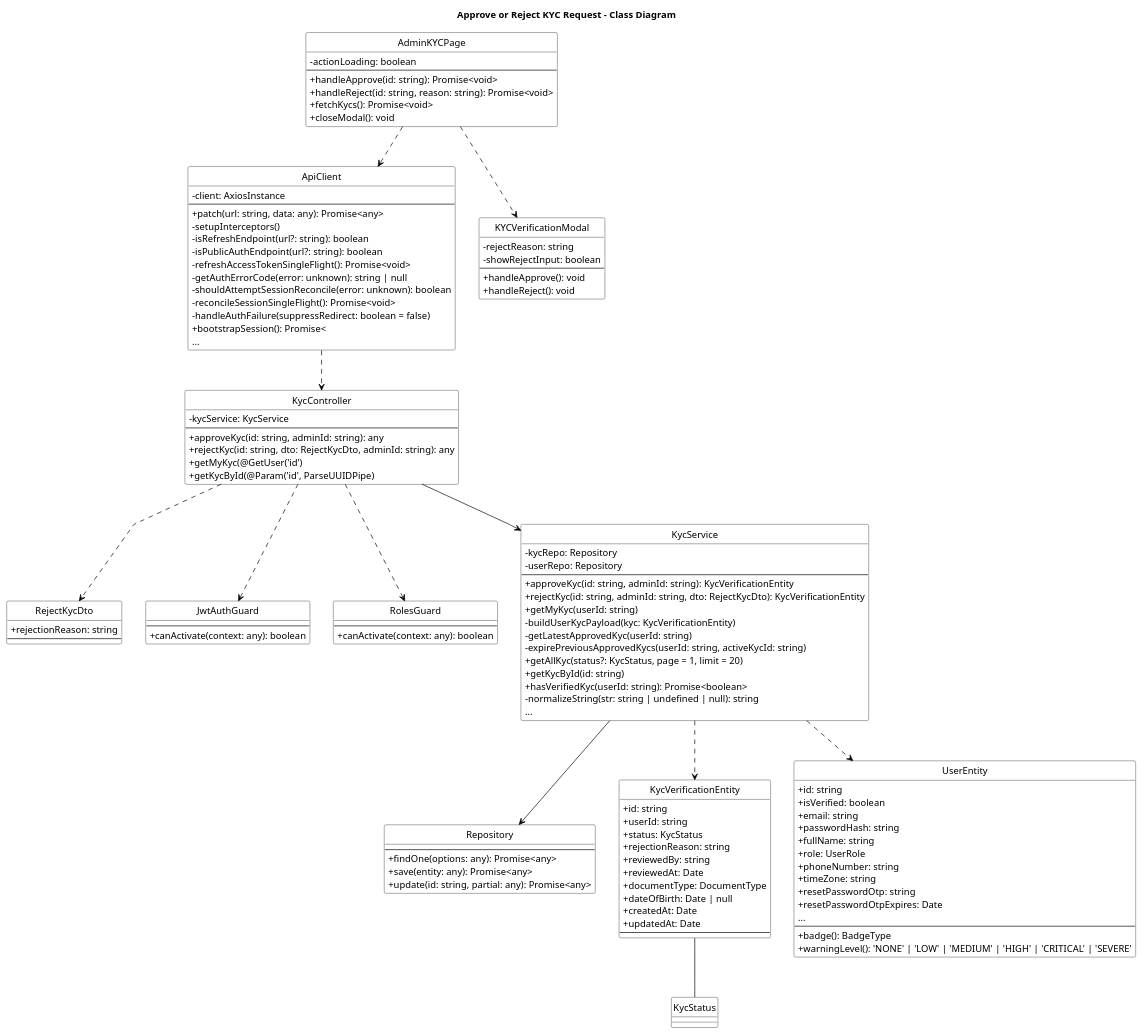
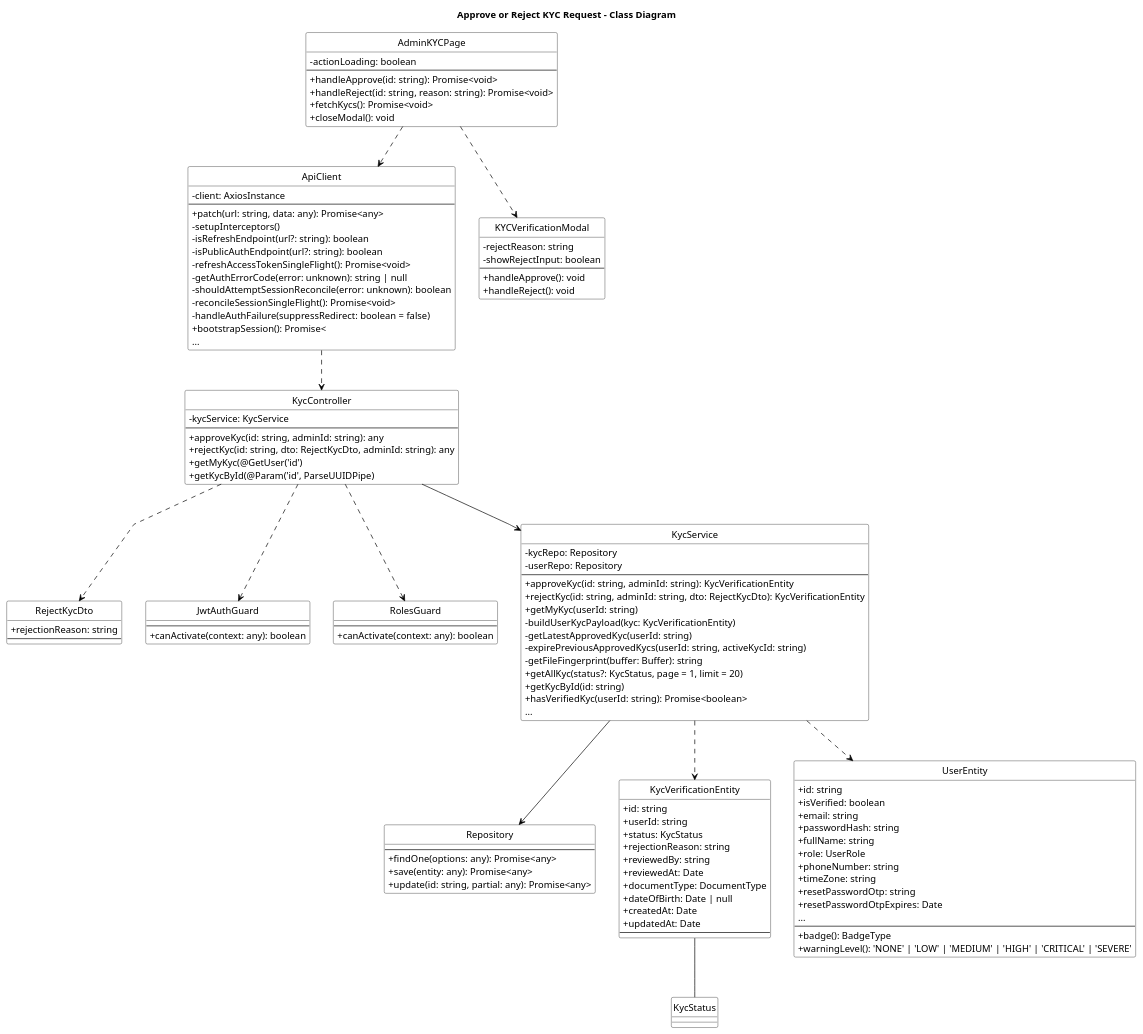
One commit to bangdcce/SEP492-Project changed the diagram in diagram/class_diagrams/approve_reject_kyc_request_class_diagram_compact.puml. Above: the diagram before and after it, drawn with PlantUML. The commit also changed 221 other files, not shown here.

```diff
--- a/diagram/class_diagrams/approve_reject_kyc_request_class_diagram_compact.puml
+++ b/diagram/class_diagrams/approve_reject_kyc_request_class_diagram_compact.puml
@@ -1,142 +1,142 @@
 @startuml Approve_Reject_KYC_Request_Class_Diagram
 title Approve or Reject KYC Request - Class Diagram
 skinparam backgroundColor white
 skinparam monochrome true
 skinparam defaultFontColor black
 skinparam ArrowColor black
 skinparam classBorderColor black
 skinparam classFontColor black
 skinparam classBackgroundColor white
 skinparam stereotypeFontColor black
 skinparam linetype polyline
 skinparam classAttributeIconSize 0
 hide circle
 
 skinparam classHeaderBackgroundColor white
 skinparam classHeaderFontColor black
 
 class RejectKycDto {
     + rejectionReason: string
     --
 }
 
 class ApiClient {
     - client: AxiosInstance
     --
     + patch(url: string, data: any): Promise<any>
     - setupInterceptors()
     - isRefreshEndpoint(url?: string): boolean
     - isPublicAuthEndpoint(url?: string): boolean
     - refreshAccessTokenSingleFlight(): Promise<void>
     - getAuthErrorCode(error: unknown): string | null
     - shouldAttemptSessionReconcile(error: unknown): boolean
     - reconcileSessionSingleFlight(): Promise<void>
     - handleAuthFailure(suppressRedirect: boolean = false)
     + bootstrapSession(): Promise<
     ...
 }
 
 class AdminKYCPage {
     - actionLoading: boolean
     --
     + handleApprove(id: string): Promise<void>
     + handleReject(id: string, reason: string): Promise<void>
     + fetchKycs(): Promise<void>
     + closeModal(): void
 }
 
 class KYCVerificationModal {
     - rejectReason: string
     - showRejectInput: boolean
     --
     + handleApprove(): void
     + handleReject(): void
 }
 
 class JwtAuthGuard {
     --
     + canActivate(context: any): boolean
 }
 
 class RolesGuard {
     --
     + canActivate(context: any): boolean
 }
 
 class KycController {
     - kycService: KycService
     --
     + approveKyc(id: string, adminId: string): any
     + rejectKyc(id: string, dto: RejectKycDto, adminId: string): any
     + getMyKyc(@GetUser('id')
     + getKycById(@Param('id', ParseUUIDPipe)
 }
 
 class Repository {
     --
     + findOne(options: any): Promise<any>
     + save(entity: any): Promise<any>
     + update(id: string, partial: any): Promise<any>
 }
 
 class KycService {
     - kycRepo: Repository
     - userRepo: Repository
     --
     + approveKyc(id: string, adminId: string): KycVerificationEntity
     + rejectKyc(id: string, adminId: string, dto: RejectKycDto): KycVerificationEntity
     + getMyKyc(userId: string)
     - buildUserKycPayload(kyc: KycVerificationEntity)
     - getLatestApprovedKyc(userId: string)
     - expirePreviousApprovedKycs(userId: string, activeKycId: string)
+    - getFileFingerprint(buffer: Buffer): string
     + getAllKyc(status?: KycStatus, page = 1, limit = 20)
     + getKycById(id: string)
     + hasVerifiedKyc(userId: string): Promise<boolean>
-    - normalizeString(str: string | undefined | null): string
     ...
 }
 
 
 class KycVerificationEntity {
     + id: string
     + userId: string
     + status: KycStatus
     + rejectionReason: string
     + reviewedBy: string
     + reviewedAt: Date
     + documentType: DocumentType
     + dateOfBirth: Date | null
     + createdAt: Date
     + updatedAt: Date
     --
 }
 
 class UserEntity {
     + id: string
     + isVerified: boolean
     + email: string
     + passwordHash: string
     + fullName: string
     + role: UserRole
     + phoneNumber: string
     + timeZone: string
     + resetPasswordOtp: string
     + resetPasswordOtpExpires: Date
     ...
     --
     + badge(): BadgeType
     + warningLevel(): 'NONE' | 'LOW' | 'MEDIUM' | 'HIGH' | 'CRITICAL' | 'SEVERE'
 }
 
 AdminKYCPage ..> KYCVerificationModal
 AdminKYCPage ..> ApiClient
 ApiClient ..> KycController
 KycController ..> JwtAuthGuard
 KycController ..> RolesGuard
 KycController --> KycService
 KycController ..> RejectKycDto
 KycService --> Repository
 KycService ..> KycVerificationEntity
 KycService ..> UserEntity
 KycVerificationEntity -- KycStatus
 @enduml
```
